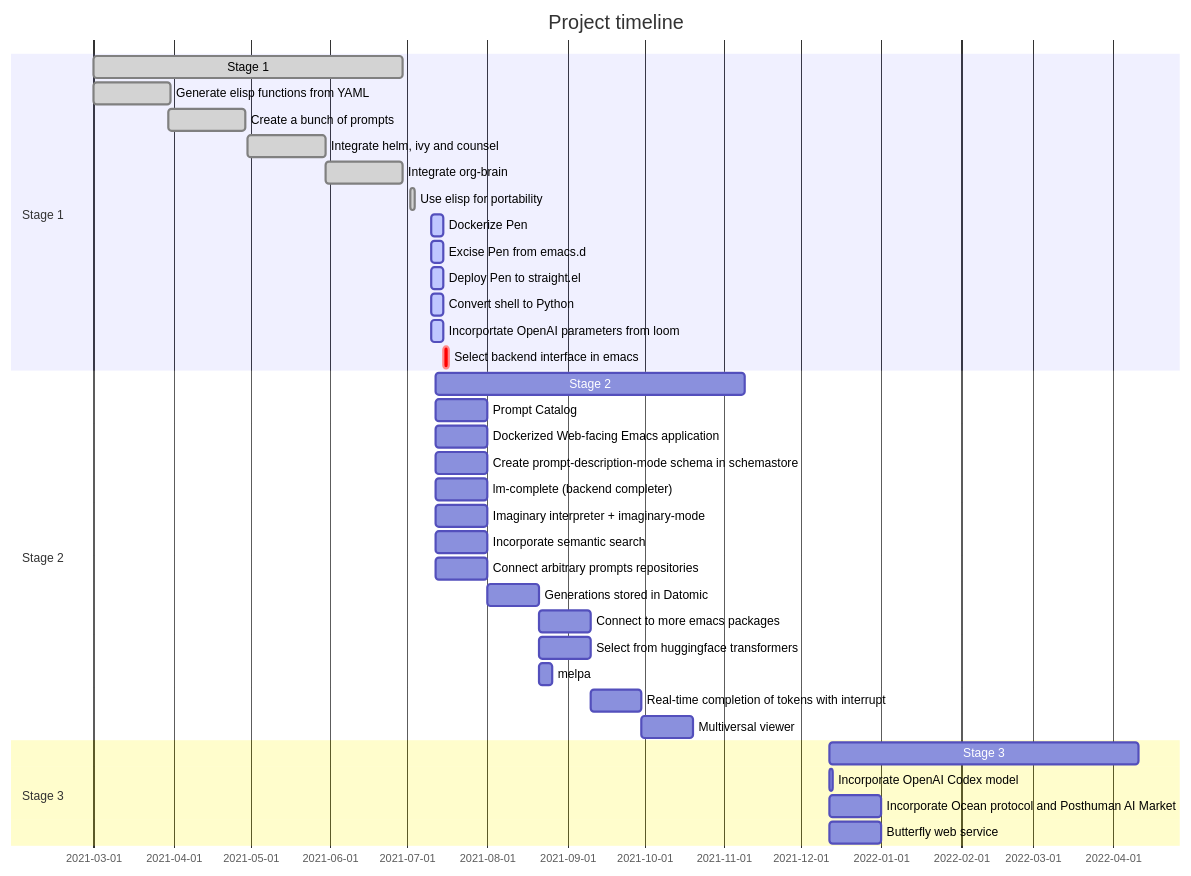
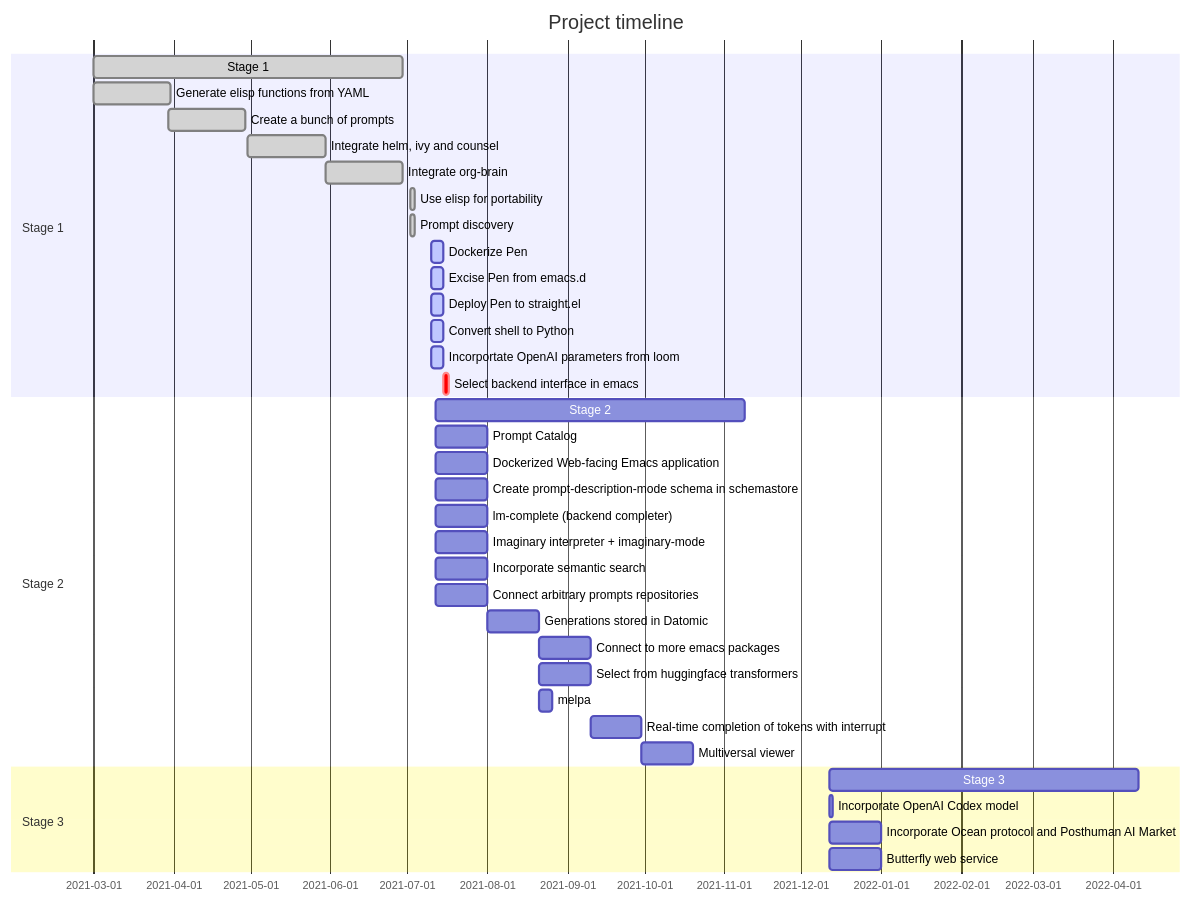
The diagram in docs/README.org (semiosis/pen.el), drawn with Mermaid before and after one commit. The commit also changed other lines of this file, not shown here.

```diff
--- a/docs/README.org
+++ b/docs/README.org
@@ -36,38 +36,39 @@
 #+BEGIN_SRC mermaid :results raw :file project-timeline.png
   gantt
           title Project timeline
           dateFormat  YYYY-MM-DD
           section Stage 1
           Stage 1  :done, :s1, 2021-03-01, 120d
           Generate elisp functions from YAML  :done,  :a1, 2021-03-01, 30d
           Create a bunch of prompts  :done,   :a3, 2021-03-30, 30d
           Integrate helm, ivy and counsel  :done,   :a4, 2021-04-30, 30d
           Integrate org-brain  :done,   :a5, 2021-05-30, 30d
           Use elisp for portability :done,  :b2, 2021-07-02, 2d
+          Prompt discovery :done,  :b5, 2021-07-02, 2d
           Dockerize Pen : active, b3, after b2 , 5d
           Excise Pen from emacs.d: active, b3.1, after b2 , 5d
           Deploy Pen to straight.el: active, b3.2, after b2 , 5d
           Convert shell to Python : active, b4, after b2 , 5d
           Incorportate OpenAI parameters from loom : active, b4, after b2 , 5d
           Select backend interface in emacs :crit, after b3, 2d
           section Stage 2
           Stage 2  :s2, 2021-07-12, 120d
           Prompt Catalog : b6a, 2021-07-12, 20d
           Dockerized Web-facing Emacs application : b6c, 2021-07-12, 20d
           Create prompt-description-mode schema in schemastore : b6b, 2021-07-12, 20d
           lm-complete (backend completer) : b6b, 2021-07-12, 20d
           Imaginary interpreter + imaginary-mode : b11, 2021-07-12, 20d
           Incorporate semantic search : b12, 2021-07-12, 20d
           Connect arbitrary prompts repositories : b6, 2021-07-12, 20d
           Generations stored in Datomic : b7, after b6, 20d
           Connect to more emacs packages : b8, after b7 , 20d
           Select from huggingface transformers : b15, after b7 , 20d
           melpa : b14, after b7 , 5d
           Real-time completion of tokens with interrupt : b9, after b8, 20d
           Multiversal viewer : b10, after b9, 20d
           section Stage 3
           Stage 3  :s3, 2021-12-12, 120d
           Incorporate OpenAI Codex model : c1, 2021-12-12, 1d
           Incorporate Ocean protocol and Posthuman AI Market : c2, 2021-12-12, 20d
           Butterfly web service : c3, 2021-12-12, 20d
 #+END_SRC
```
